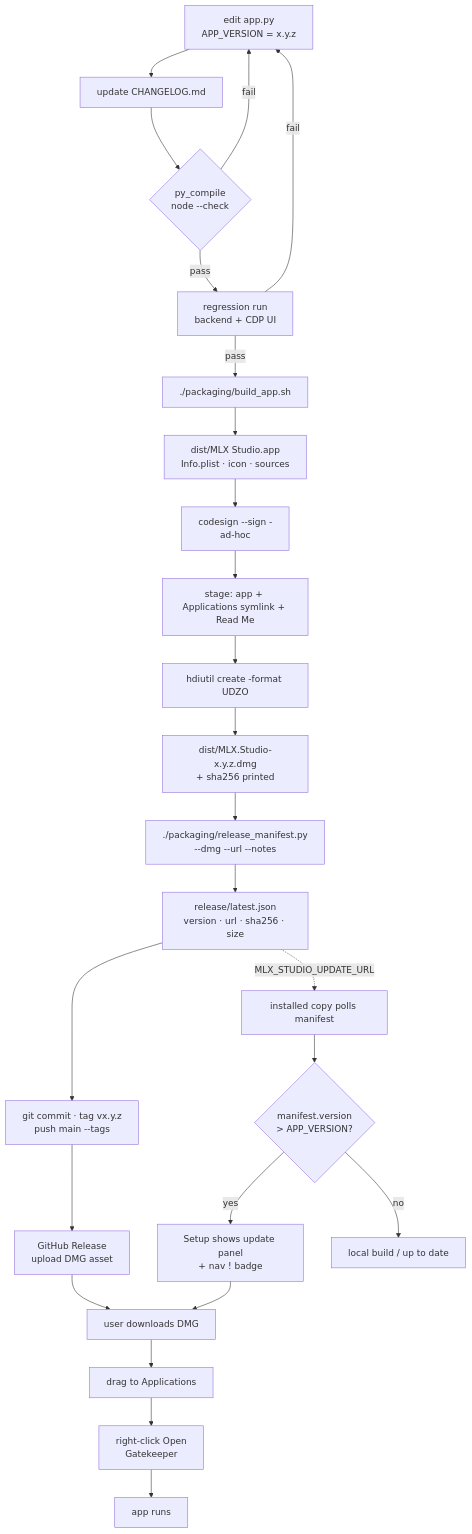
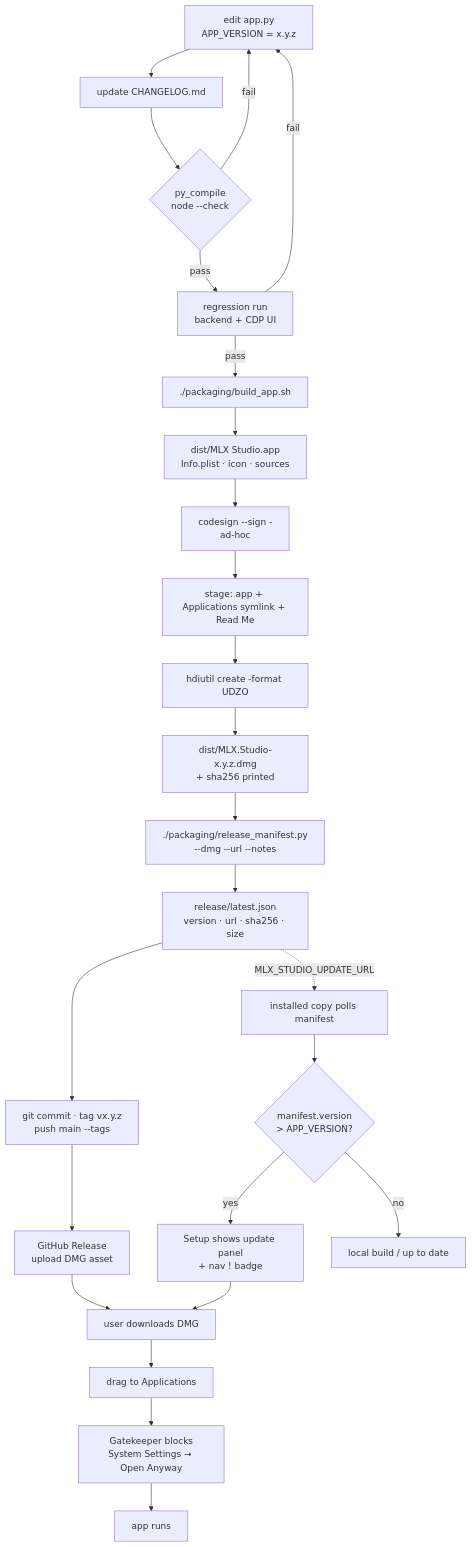
The diagram in docs/diagrams/release-flow.md (DipeshPansuriya/MLX_Model_App), drawn with Mermaid before and after one commit. The commit also changed 7 other files, not shown here.

````diff
--- a/docs/diagrams/release-flow.md
+++ b/docs/diagrams/release-flow.md
@@ -16,32 +16,32 @@
 ```mermaid
 flowchart TD
     A["edit app.py<br/>APP_VERSION = x.y.z"] --> B["update CHANGELOG.md"]
     B --> C{"py_compile<br/>node --check"}
     C -->|fail| A
     C -->|pass| D["regression run<br/>backend + CDP UI"]
     D -->|fail| A
     D -->|pass| E["./packaging/build_app.sh"]
 
     E --> F["dist/MLX Studio.app<br/>Info.plist · icon · sources"]
     F --> G["codesign --sign -<br/>ad-hoc"]
     G --> H["stage: app + Applications symlink + Read Me"]
     H --> I["hdiutil create -format UDZO"]
     I --> J["dist/MLX.Studio-x.y.z.dmg<br/>+ sha256 printed"]
 
     J --> K["./packaging/release_manifest.py<br/>--dmg --url --notes"]
     K --> L["release/latest.json<br/>version · url · sha256 · size"]
 
     L --> M["git commit · tag vx.y.z<br/>push main --tags"]
     M --> N["GitHub Release<br/>upload DMG asset"]
 
     N --> O["user downloads DMG"]
     O --> P["drag to Applications"]
-    P --> Q["right-click Open<br/>Gatekeeper"]
+    P --> Q["Gatekeeper blocks<br/>System Settings → Open Anyway"]
     Q --> R["app runs"]
 
     L -.->|"MLX_STUDIO_UPDATE_URL"| S["installed copy polls manifest"]
     S --> T{"manifest.version<br/>&gt; APP_VERSION?"}
     T -->|yes| U["Setup shows update panel<br/>+ nav ! badge"]
     T -->|no| V["local build / up to date"]
     U --> O
 ```
````
